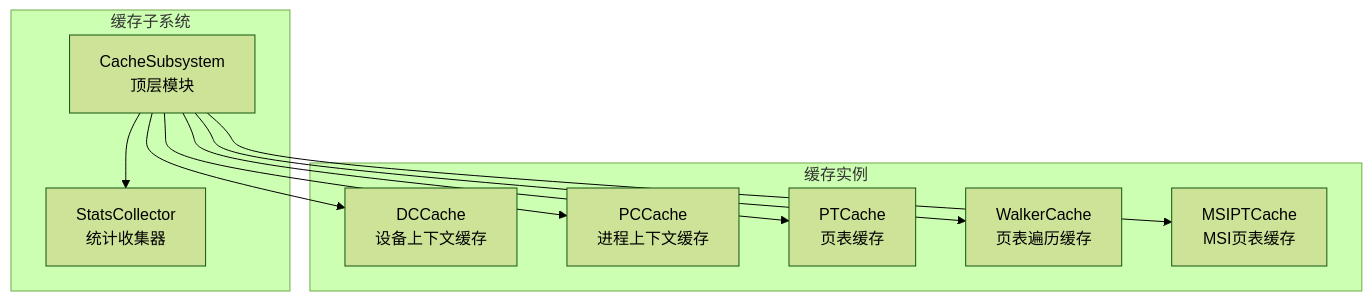
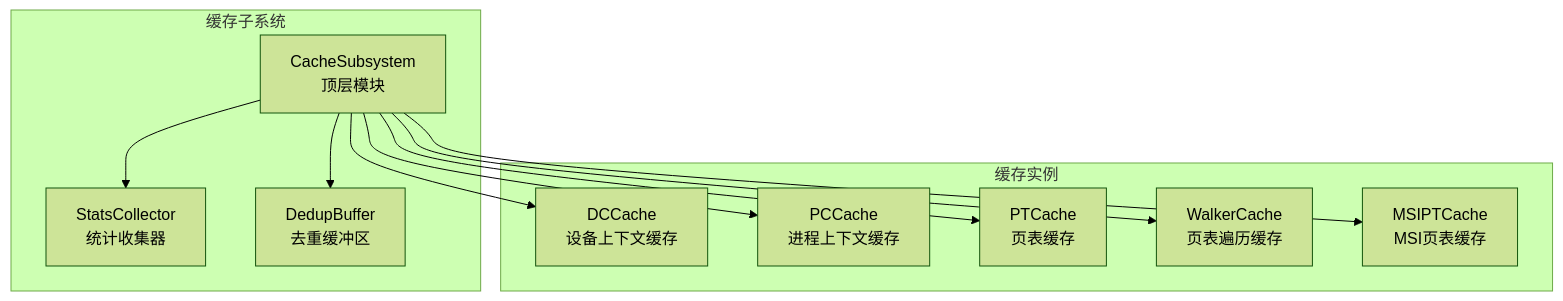
One commit to jiangjiang1122/iommu_model_20260401_v1 changed the first of 8 diagrams in .qoder/repowiki/zh/content/缓存系统架构/缓存子系统概览.md. Above: the diagram before and after it, drawn with Mermaid (forest theme). The commit also changed other lines of this file and 22 other files, not shown here.

````diff
--- a/.qoder/repowiki/zh/content/缓存系统架构/缓存子系统概览.md
+++ b/.qoder/repowiki/zh/content/缓存系统架构/缓存子系统概览.md
@@ -47,20 +55,22 @@
 ```mermaid
 graph TB
 subgraph "缓存子系统"
 CS["CacheSubsystem<br/>顶层模块"]
 STATS["StatsCollector<br/>统计收集器"]
+DEDP["DedupBuffer<br/>去重缓冲区"]
 end
 subgraph "缓存实例"
 DC["DCCache<br/>设备上下文缓存"]
 PC["PCCache<br/>进程上下文缓存"]
 PT["PTCache<br/>页表缓存"]
 WC["WalkerCache<br/>页表遍历缓存"]
 MSI["MSIPTCache<br/>MSI页表缓存"]
 end
 CS --> DC
 CS --> PC
 CS --> PT
 CS --> WC
 CS --> MSI
 CS --> STATS
+CS --> DEDP
 ```
````
